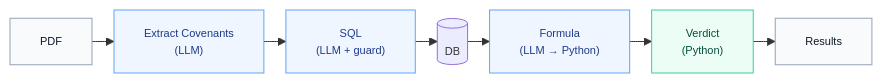
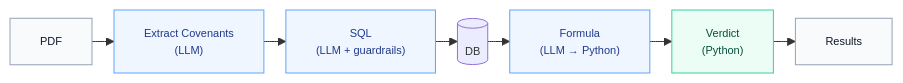
The second of 3 diagrams in README.md (asiftauhid/covanant-compliance), drawn with Mermaid before and after one commit. The commit also changed other lines of this file and 1 other file, not shown here.

````diff
--- a/README.md
+++ b/README.md
@@ -41,17 +41,17 @@
 ```mermaid
 %%{init: {"flowchart": {"htmlLabels": false, "nodeSpacing": 18, "rankSpacing": 22}, "themeVariables": {"fontSize": "11px"}}}%%
 flowchart LR
   PDF["PDF"] --> P0["Extract Covenants<br/>(LLM)"]
-  P0 --> P1["SQL<br/>(LLM + guard)"]
+  P0 --> P1["SQL<br/>(LLM + guardrails)"]
   P1 --> DB[("DB")]
   DB --> P2["Formula<br/>(LLM → Python)"]
   P2 --> P3["Verdict<br/>(Python)"]
   P3 --> OUT["Results"]
 
   classDef llm fill:#eff6ff,stroke:#60a5fa,color:#1e3a8a
   classDef py fill:#ecfdf5,stroke:#34d399,color:#064e3b
   classDef io fill:#f8fafc,stroke:#94a3b8,color:#0f172a
   class P0,P1,P2 llm
   class P3 py
   class PDF,OUT io
 ```
````
